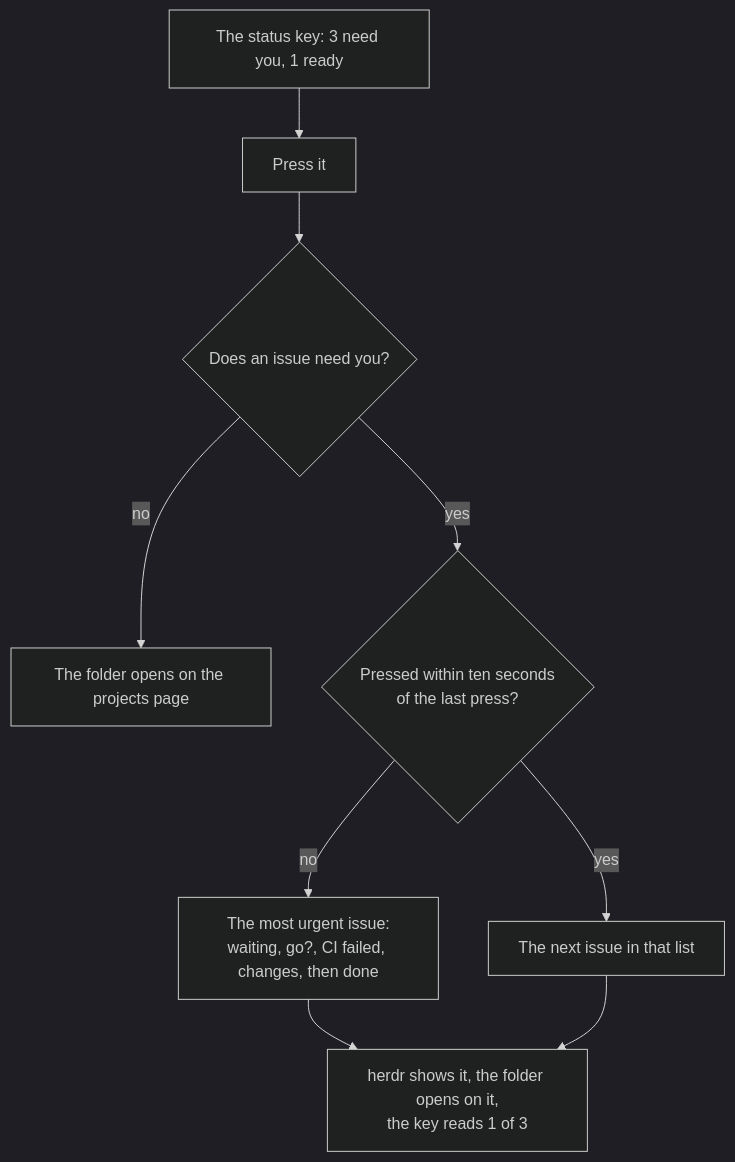
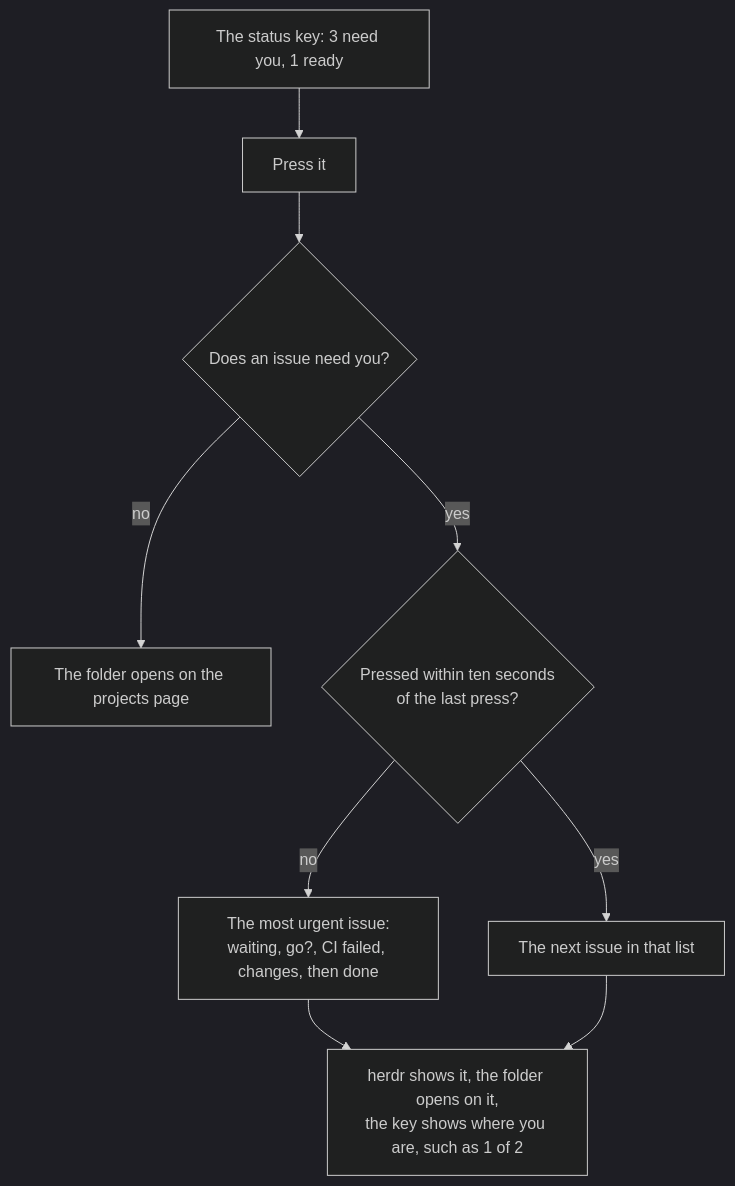
One commit to PieterLuypaert/helm changed the sixth of 7 diagrams in docs/flows.md. Above: the diagram before and after it, drawn with Mermaid (dark theme). The commit also changed other lines of this file and 3 other files, not shown here.

````diff
--- a/docs/flows.md
+++ b/docs/flows.md
@@ -143,11 +143,11 @@
 ```mermaid
 flowchart TD
     look["The status key: 3 need you, 1 ready"] --> press["Press it"]
     press --> any{"Does an issue need you?"}
     any -->|no| projects["The folder opens on the projects page"]
     any -->|yes| within{"Pressed within ten seconds<br/>of the last press?"}
     within -->|no| first["The most urgent issue:<br/>waiting, go?, CI failed, changes, then done"]
     within -->|yes| next["The next issue in that list"]
-    first --> show["herdr shows it, the folder opens on it,<br/>the key reads 1 of 3"]
+    first --> show["herdr shows it, the folder opens on it,<br/>the key shows where you are, such as 1 of 2"]
     next --> show
 ```
````
